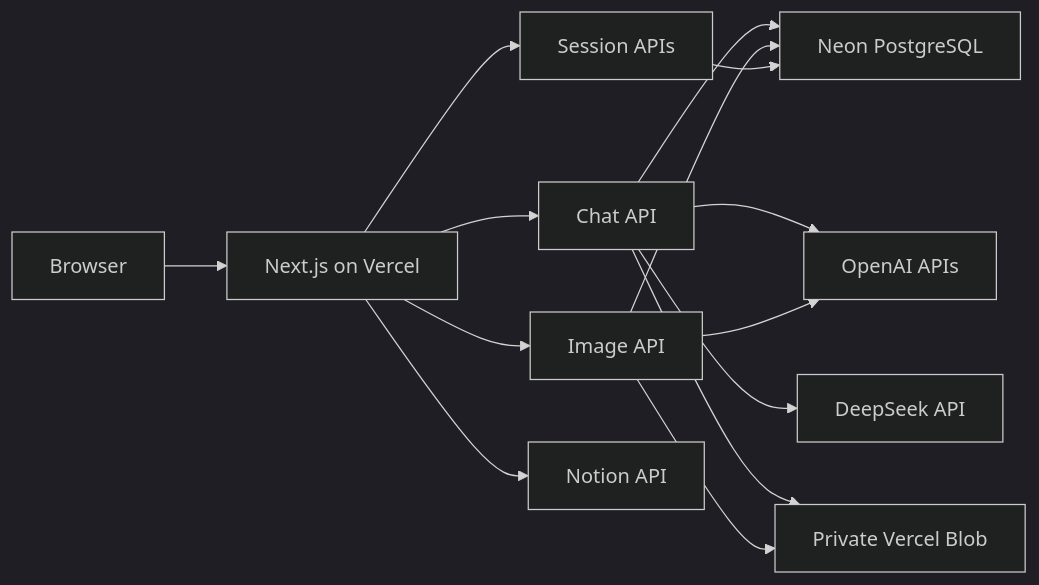
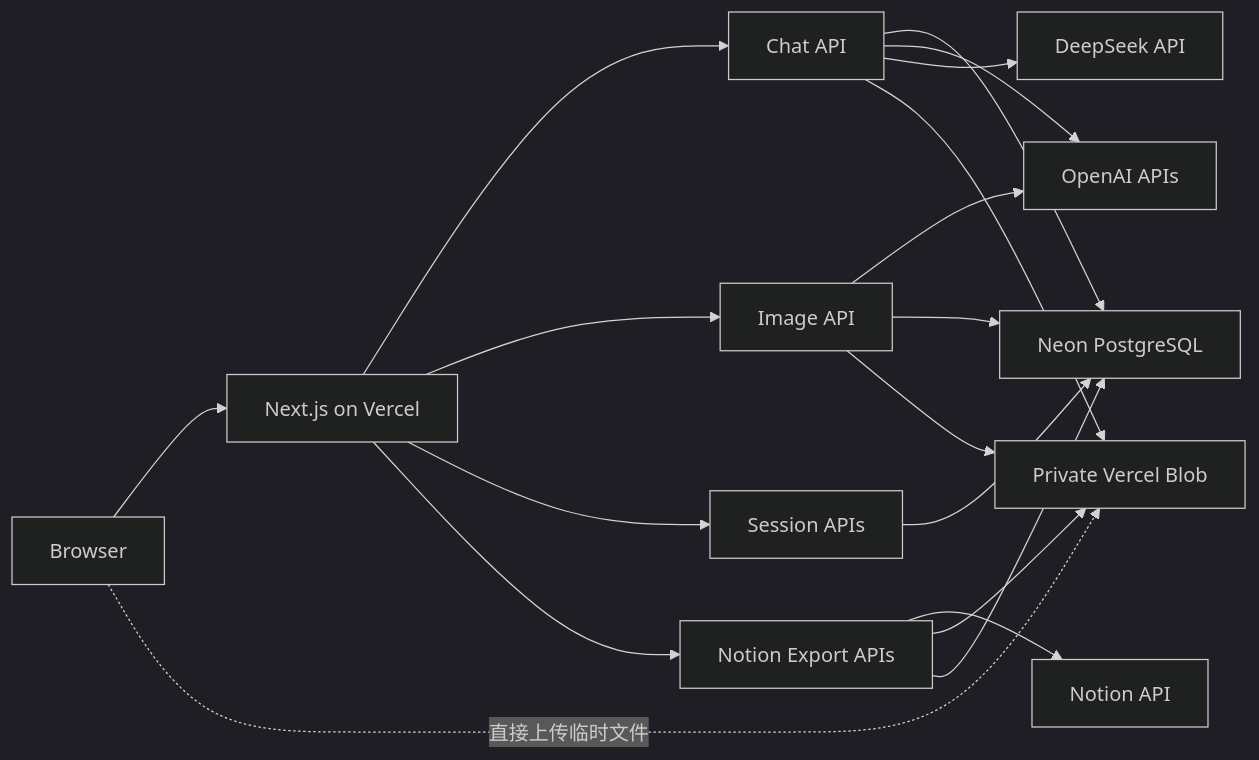
The diagram in docs/architecture/README.md (kakumine2001/NoteFable), drawn with Mermaid (dark theme) before and after one commit. The commit also changed other lines of this file and 43 other files, not shown here.

Commit message:
Add Notion file export and guard provider output and save retries

````diff
--- a/docs/architecture/README.md
+++ b/docs/architecture/README.md
@@ -25,27 +26,32 @@
 ```mermaid
 flowchart LR
     Browser["Browser"]
     App["Next.js on Vercel"]
     Chat["Chat API"]
     Images["Image API"]
     Sessions["Session APIs"]
+    NotionExport["Notion Export APIs"]
     Neon["Neon PostgreSQL"]
     Blob["Private Vercel Blob"]
     OpenAI["OpenAI APIs"]
     DeepSeek["DeepSeek API"]
     Notion["Notion API"]
 
     Browser --> App
     App --> Chat
     App --> Images
     App --> Sessions
+    App --> NotionExport
+    Browser -.->|直接上传临时文件| Blob
     Chat --> Neon
     Chat --> OpenAI
     Chat --> DeepSeek
     Chat --> Blob
     Images --> OpenAI
     Images --> Neon
     Images --> Blob
     Sessions --> Neon
-    App --> Notion
+    NotionExport --> Notion
+    NotionExport --> Blob
+    NotionExport --> Neon
 ```
````
